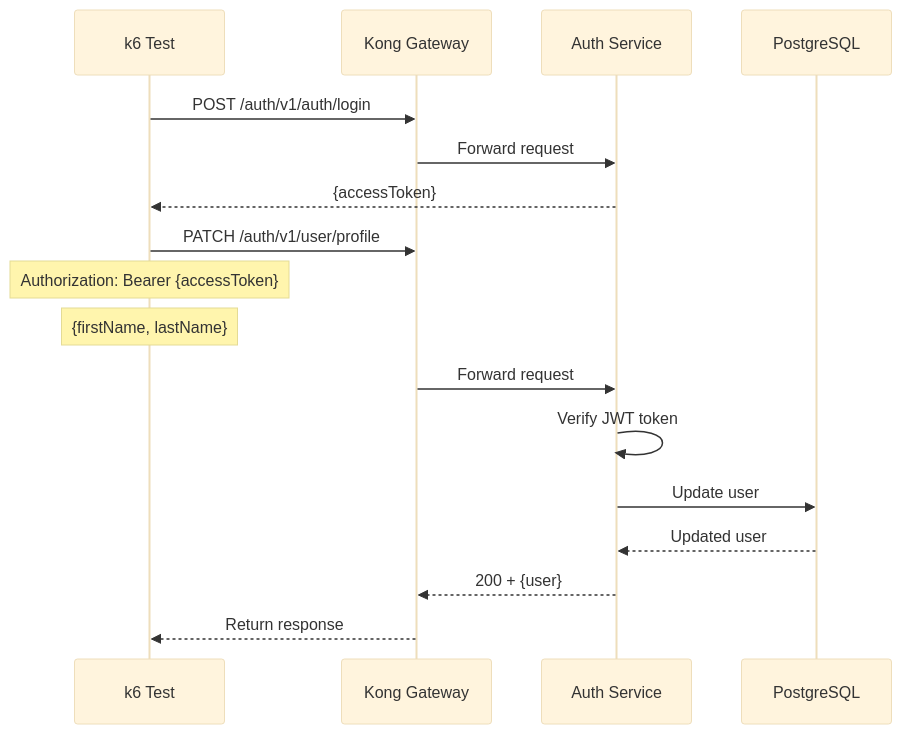
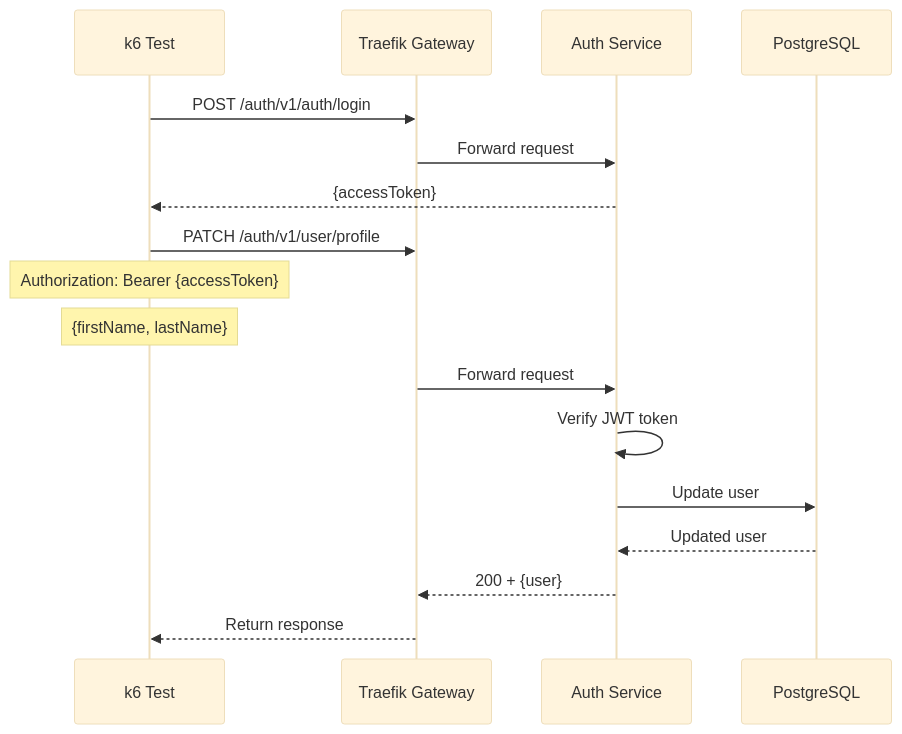
The diagram in k6-tests/src/services/user/test-update.md (tinhthanh/nestjs-microservices), drawn with Mermaid (base theme) before and after one commit. The commit also changed 47 other files, not shown here.

````diff
--- a/k6-tests/src/services/user/test-update.md
+++ b/k6-tests/src/services/user/test-update.md
@@ -5,21 +5,21 @@
 ```mermaid
 sequenceDiagram
     participant K6 as k6 Test
-    participant Kong as Kong Gateway
+    participant Traefik as Traefik Gateway
     participant Auth as Auth Service
     participant DB as PostgreSQL
 
-    K6->>Kong: POST /auth/v1/auth/login
-    Kong->>Auth: Forward request
+    K6->>Traefik: POST /auth/v1/auth/login
+    Traefik->>Auth: Forward request
     Auth-->>K6: {accessToken}
     
-    K6->>Kong: PATCH /auth/v1/user/profile
+    K6->>Traefik: PATCH /auth/v1/user/profile
     Note over K6: Authorization: Bearer {accessToken}
     Note over K6: {firstName, lastName}
-    Kong->>Auth: Forward request
+    Traefik->>Auth: Forward request
     Auth->>Auth: Verify JWT token
     Auth->>DB: Update user
     DB-->>Auth: Updated user
-    Auth-->>Kong: 200 + {user}
-    Kong-->>K6: Return response
+    Auth-->>Traefik: 200 + {user}
+    Traefik-->>K6: Return response
 ```
````
